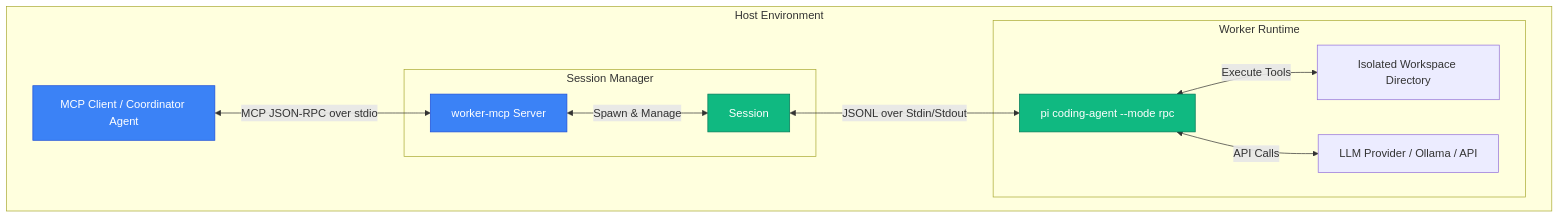
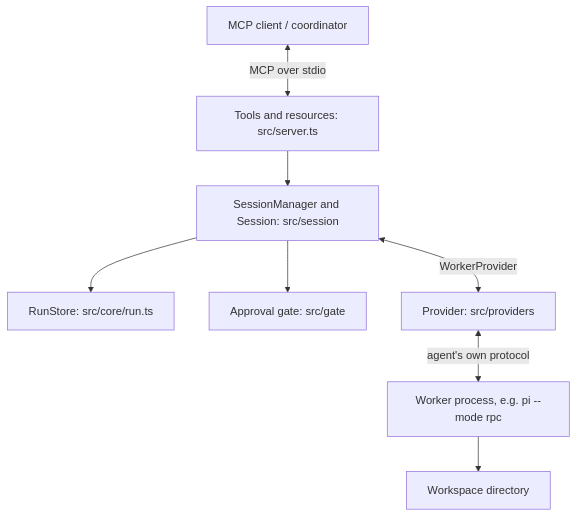
Before and after one commit to noosxe/worker-mcp: the first of 2 diagrams in docs/architecture.md, drawn with Mermaid. The commit also changed other lines of this file and 7 other files, not shown here.

Commit message:
docs: README rewrite with Claude Code and desktop registration, mcp-api, architecture, requirements, skill and changelog for the neutral surface

````diff
--- a/docs/architecture.md
+++ b/docs/architecture.md
@@ -11,21 +9,10 @@
 ```mermaid
 graph TD
-    subgraph Host Environment
-        C[MCP Client / Coordinator Agent] <-->|MCP JSON-RPC over stdio| S[worker-mcp Server]
-
-        subgraph Session Manager
-            S <-->|Spawn & Manage| P[Session]
-        end
-
-        subgraph Worker Runtime
-            P <-->|JSONL over Stdin/Stdout| CLI[pi coding-agent --mode rpc]
-            CLI <-->|Execute Tools| WS[Isolated Workspace Directory]
-            CLI <-->|API Calls| LLM[LLM Provider / Ollama / API]
-        end
-    end
-
-    classDef main fill:#3b82f6,stroke:#1d4ed8,color:#fff;
-    classDef secondary fill:#10b981,stroke:#047857,color:#fff;
-    class C,S main;
-    class P,CLI secondary;
+    C[MCP client / coordinator] <-->|MCP over stdio| T[Tools and resources: src/server.ts]
+    T --> M[SessionManager and Session: src/session]
+    M --> R[RunStore: src/core/run.ts]
+    M --> G[Approval gate: src/gate]
+    M <-->|WorkerProvider| P[Provider: src/providers]
+    P <-->|agent's own protocol| A[Worker process, e.g. pi --mode rpc]
+    A --> W[Workspace directory]
 ```
````
